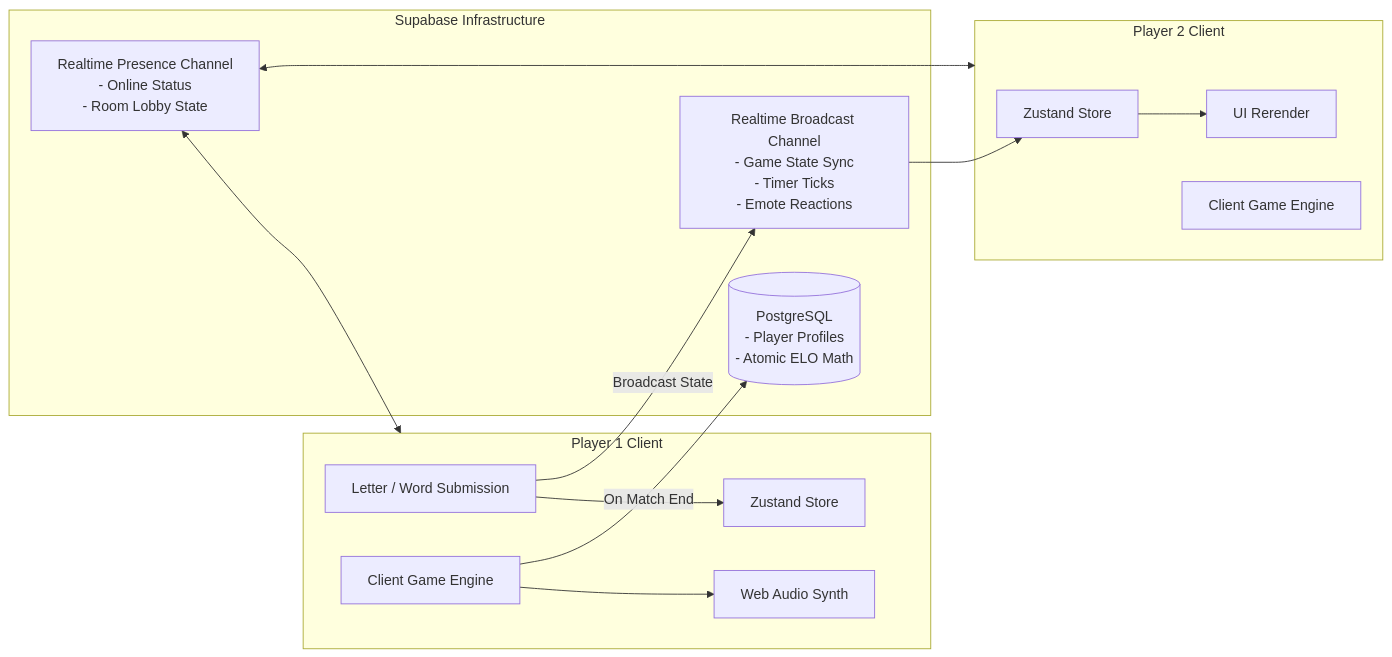
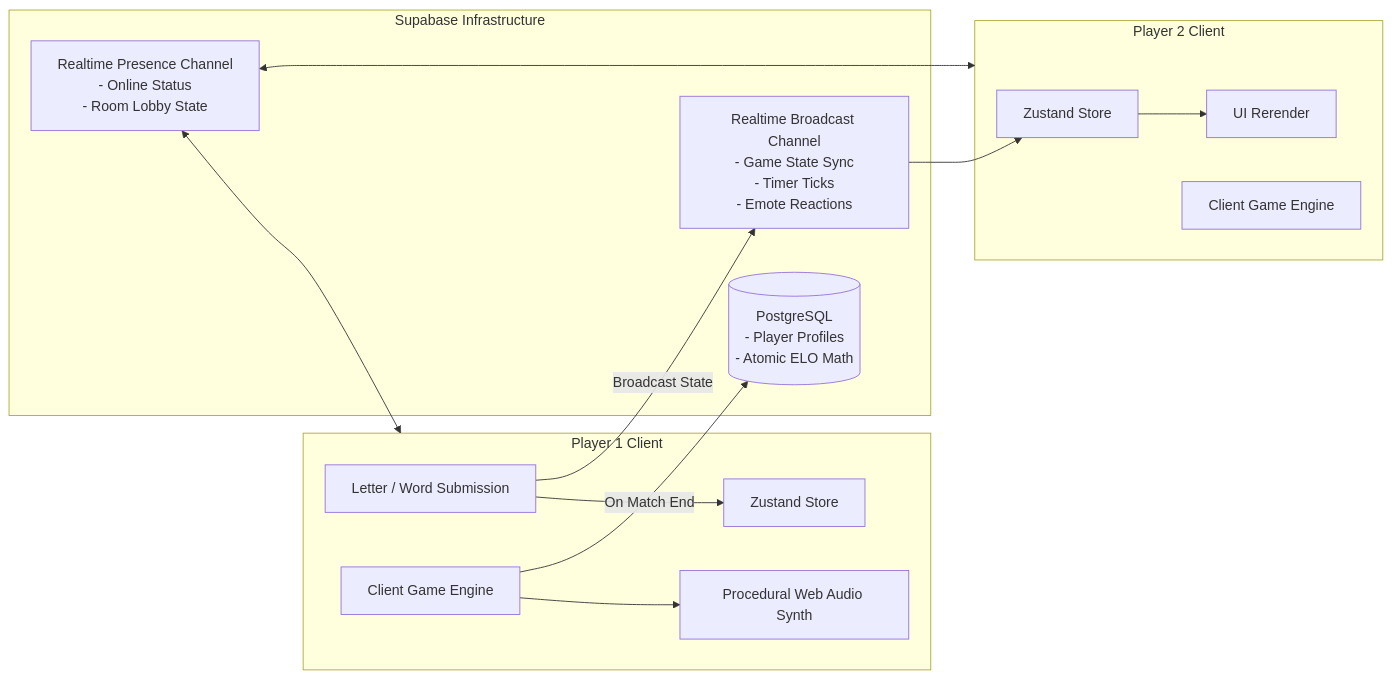
Before and after one commit to itsgoksz/word-rush: the diagram in README.md, drawn with Mermaid. The commit also changed other lines of this file, not shown here.

````diff
--- a/README.md
+++ b/README.md
@@ -48,31 +49,31 @@
 ```mermaid
 flowchart LR
     subgraph ClientA [Player 1 Client]
         InputA[Letter / Word Submission] --> StoreA[Zustand Store]
-        EngineA[Client Game Engine] --> AudioA[Web Audio Synth]
+        EngineA[Client Game Engine] --> AudioA[Procedural Web Audio Synth]
     end
 
     subgraph Supabase [Supabase Infrastructure]
         Pres[Realtime Presence Channel
 - Online Status
 - Room Lobby State]
         BC[Realtime Broadcast Channel
 - Game State Sync
 - Timer Ticks
 - Emote Reactions]
         DB[(PostgreSQL
 - Player Profiles
 - Atomic ELO Math)]
     end
 
     subgraph ClientB [Player 2 Client]
         StoreB[Zustand Store] --> ViewB[UI Rerender]
         EngineB[Client Game Engine]
     end
 
     InputA -->|Broadcast State| BC
     BC --> StoreB
     Pres <--> ClientA
     Pres <--> ClientB
     EngineA -->|On Match End| DB
 ```
````
